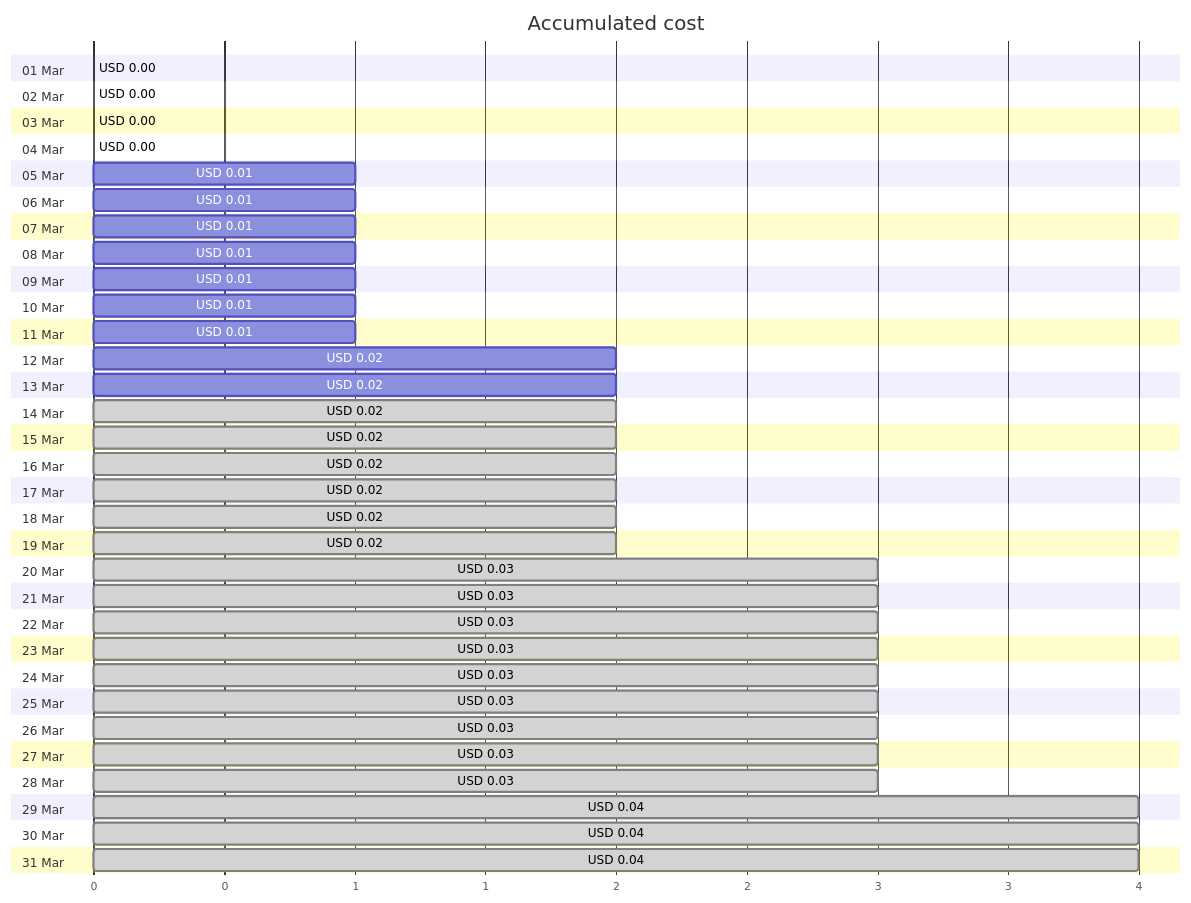
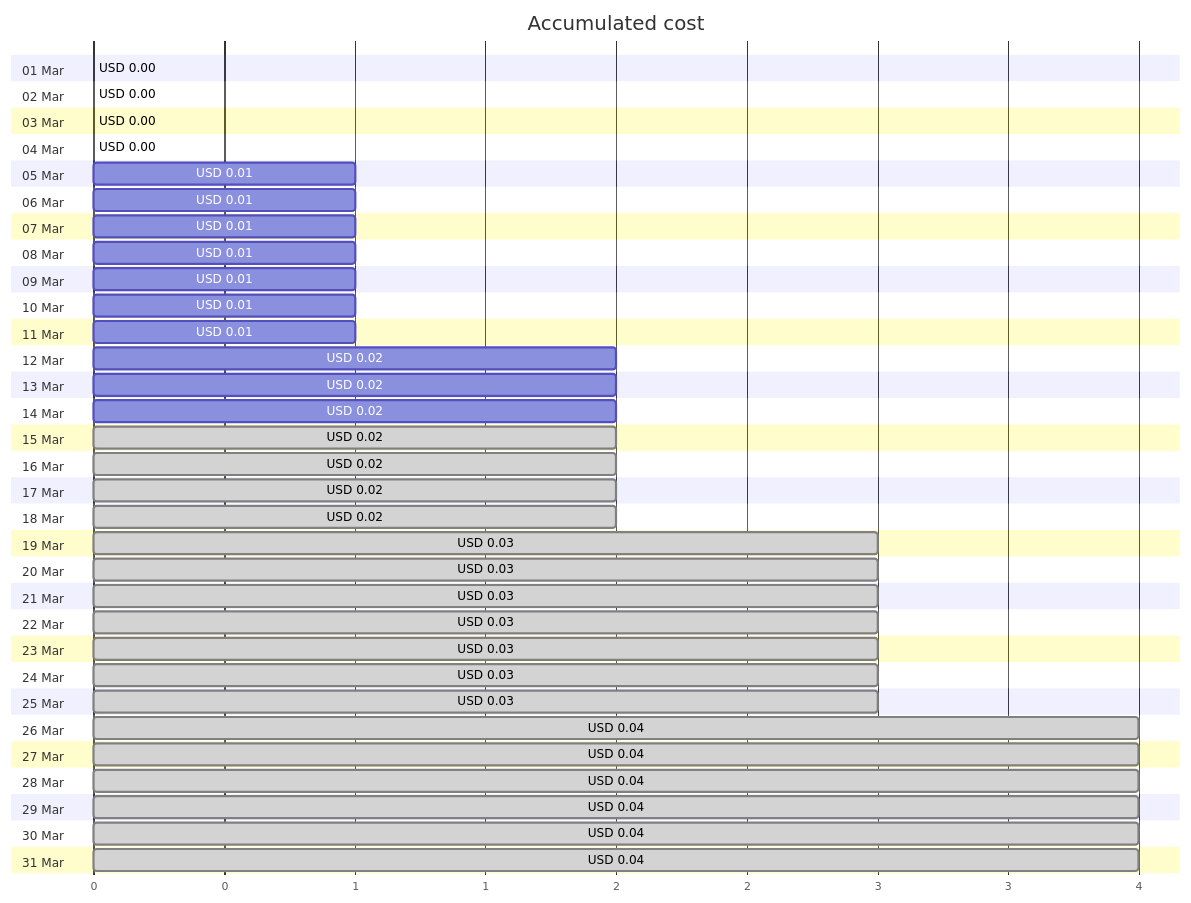
Before and after one commit to jpfulton/azure-personal-reports: the first of 4 diagrams in cost-reports/personal-site/personalsiteapistorage.md, drawn with Mermaid. The commit also changed other lines of this file and 6 other files, not shown here.

````diff
--- a/cost-reports/personal-site/personalsiteapistorage.md
+++ b/cost-reports/personal-site/personalsiteapistorage.md
@@ -20,68 +20,68 @@
 ```mermaid
 gantt
    title Accumulated cost
    dateFormat  X
    axisFormat %s
    section 01 Mar
    USD 0.00 :0, 0
    section 02 Mar
    USD 0.00 :0, 0
    section 03 Mar
    USD 0.00 :0, 0
    section 04 Mar
    USD 0.00 :0, 0
    section 05 Mar
    USD 0.01 :0, 1
    section 06 Mar
    USD 0.01 :0, 1
    section 07 Mar
    USD 0.01 :0, 1
    section 08 Mar
    USD 0.01 :0, 1
    section 09 Mar
    USD 0.01 :0, 1
    section 10 Mar
    USD 0.01 :0, 1
    section 11 Mar
    USD 0.01 :0, 1
    section 12 Mar
    USD 0.02 :0, 2
    section 13 Mar
    USD 0.02 :0, 2
    section 14 Mar
-   USD 0.02 : done, 0, 2
+   USD 0.02 :0, 2
    section 15 Mar
    USD 0.02 : done, 0, 2
    section 16 Mar
    USD 0.02 : done, 0, 2
    section 17 Mar
    USD 0.02 : done, 0, 2
    section 18 Mar
    USD 0.02 : done, 0, 2
    section 19 Mar
-   USD 0.02 : done, 0, 2
+   USD 0.03 : done, 0, 3
    section 20 Mar
    USD 0.03 : done, 0, 3
    section 21 Mar
    USD 0.03 : done, 0, 3
    section 22 Mar
    USD 0.03 : done, 0, 3
    section 23 Mar
    USD 0.03 : done, 0, 3
    section 24 Mar
    USD 0.03 : done, 0, 3
    section 25 Mar
    USD 0.03 : done, 0, 3
    section 26 Mar
-   USD 0.03 : done, 0, 3
+   USD 0.04 : done, 0, 4
    section 27 Mar
-   USD 0.03 : done, 0, 3
+   USD 0.04 : done, 0, 4
    section 28 Mar
-   USD 0.03 : done, 0, 3
+   USD 0.04 : done, 0, 4
    section 29 Mar
    USD 0.04 : done, 0, 4
    section 30 Mar
    USD 0.04 : done, 0, 4
    section 31 Mar
    USD 0.04 : done, 0, 4
 ```
````
